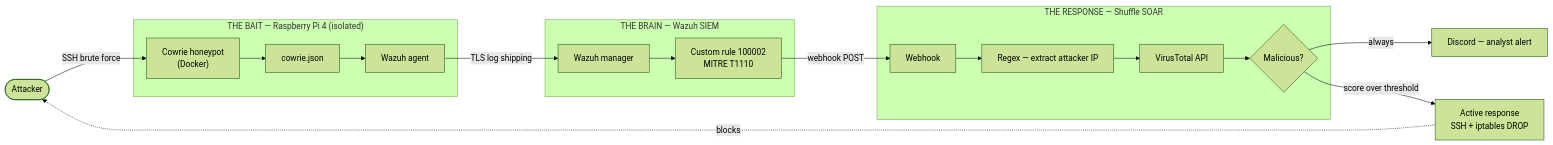
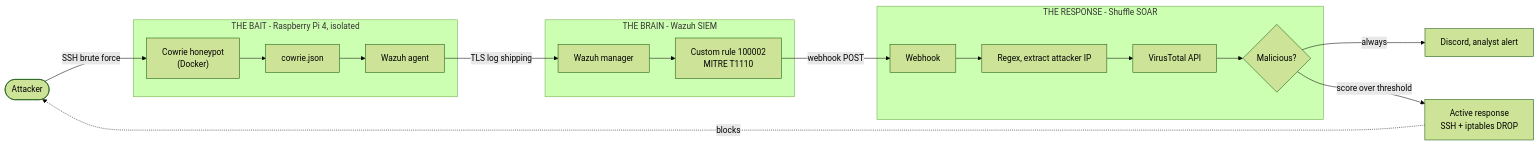
One commit to zeeshan-root/Wazuh-Shuffle-Automated-Response changed the diagram in README.md. Above: the diagram before and after it, drawn with Mermaid (forest theme). The commit also changed other lines of this file, not shown here.

````diff
--- a/README.md
+++ b/README.md
@@ -33,35 +21,35 @@
 ```mermaid
 flowchart LR
     ATK([Attacker])
 
-    subgraph EDGE["THE BAIT — Raspberry Pi 4 (isolated)"]
+    subgraph EDGE["THE BAIT - Raspberry Pi 4, isolated"]
         COW["Cowrie honeypot<br/>(Docker)"]
         LOG["cowrie.json"]
         AGT["Wazuh agent"]
         COW --> LOG --> AGT
     end
 
-    subgraph CORE["THE BRAIN — Wazuh SIEM"]
+    subgraph CORE["THE BRAIN - Wazuh SIEM"]
         MGR["Wazuh manager"]
         RUL["Custom rule 100002<br/>MITRE T1110"]
         MGR --> RUL
     end
 
-    subgraph SOAR["THE RESPONSE — Shuffle SOAR"]
+    subgraph SOAR["THE RESPONSE - Shuffle SOAR"]
         HK["Webhook"]
-        RGX["Regex — extract attacker IP"]
+        RGX["Regex, extract attacker IP"]
         VT["VirusTotal API"]
         DEC{"Malicious?"}
         HK --> RGX --> VT --> DEC
     end
 
-    DIS["Discord — analyst alert"]
+    DIS["Discord, analyst alert"]
     FW["Active response<br/>SSH + iptables DROP"]
 
     ATK -->|"SSH brute force"| COW
     AGT -->|"TLS log shipping"| MGR
     RUL -->|"webhook POST"| HK
     DEC -->|"always"| DIS
     DEC -->|"score over threshold"| FW
     FW -.->|"blocks"| ATK
 ```
````
